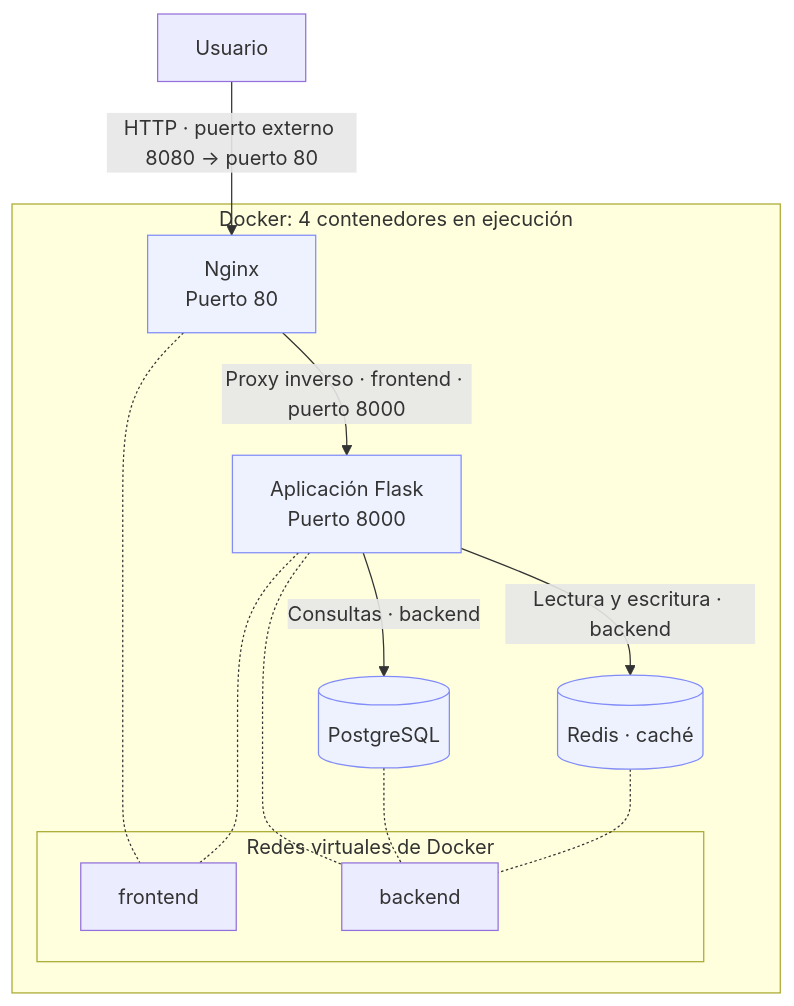
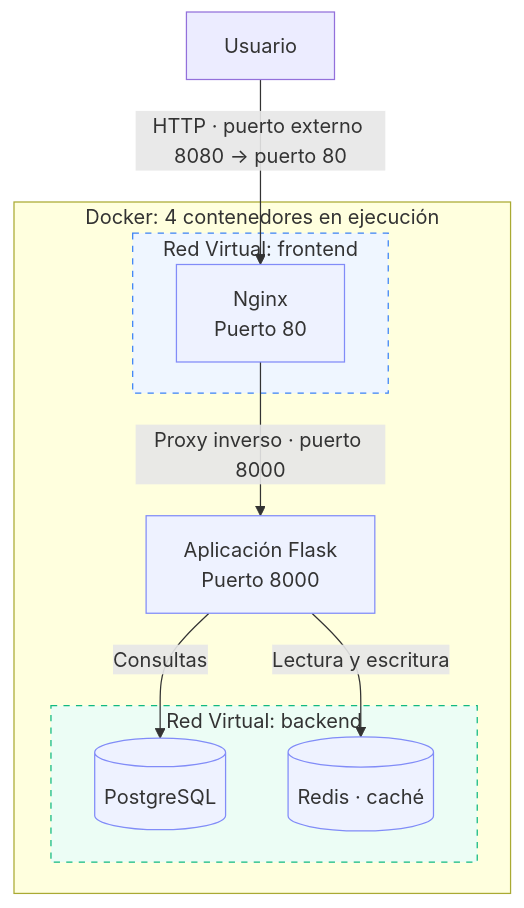
The diagram in README.md (GenaroCerda/containerized_web_service_ci), drawn with Mermaid before and after one commit.

Commit message:
Add readme graph

````diff
--- a/README.md
+++ b/README.md
@@ -1,31 +1,31 @@
 ```mermaid
-flowchart TB
+flowchart TD
     usuario["Usuario"]
 
     subgraph dockerStack["Docker: 4 contenedores en ejecución"]
-        container1["Nginx<br/>Puerto 80"]
-        container2["Aplicación Flask<br/>Puerto 8000"]
-        container3[("PostgreSQL")]
-        container4[("Redis · caché")]
-
-        subgraph redes["Redes virtuales de Docker"]
-            frontend["frontend"]
-            backend["backend"]
+        
+        subgraph frontend["Red Virtual: frontend"]
+            container1["Nginx<br/>Puerto 80"]
         end
 
-        container1 -->|"Proxy inverso · frontend · puerto 8000"| container2
-        container2 -->|"Consultas · backend"| container3
-        container2 -->|"Lectura y escritura · backend"| container4
+        subgraph backend["Red Virtual: backend"]
+            container3[("PostgreSQL")]
+            container4[("Redis · caché")]
+        end
+        
+        %% La aplicación vive en la intersección, pero la ponemos aquí visualmente
+        container2["Aplicación Flask<br/>Puerto 8000"]
 
-        container1 -.- frontend
-        container2 -.- frontend
-        container2 -.- backend
-        container3 -.- backend
-        container4 -.- backend
+        container1 -->|"Proxy inverso · puerto 8000"| container2
+        container2 -->|"Consultas"| container3
+        container2 -->|"Lectura y escritura"| container4
     end
 
     usuario -->|"HTTP · puerto externo 8080 → puerto 80"| container1
 
     classDef container stroke:#818cf8,fill:#eef2ff
     class container1,container2,container3,container4 container
+    
+    style frontend stroke:#3b82f6,fill:#eff6ff,stroke-dasharray: 5 5
+    style backend stroke:#10b981,fill:#ecfdf5,stroke-dasharray: 5 5
 ```
````
